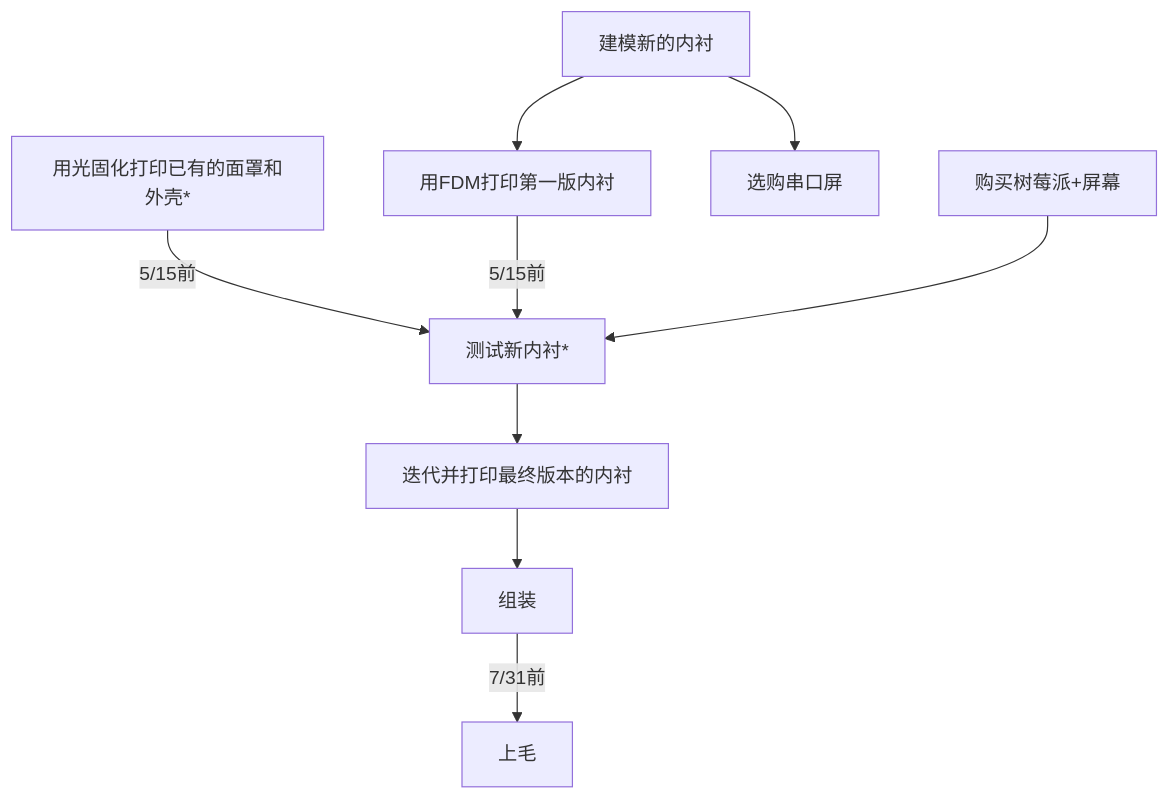
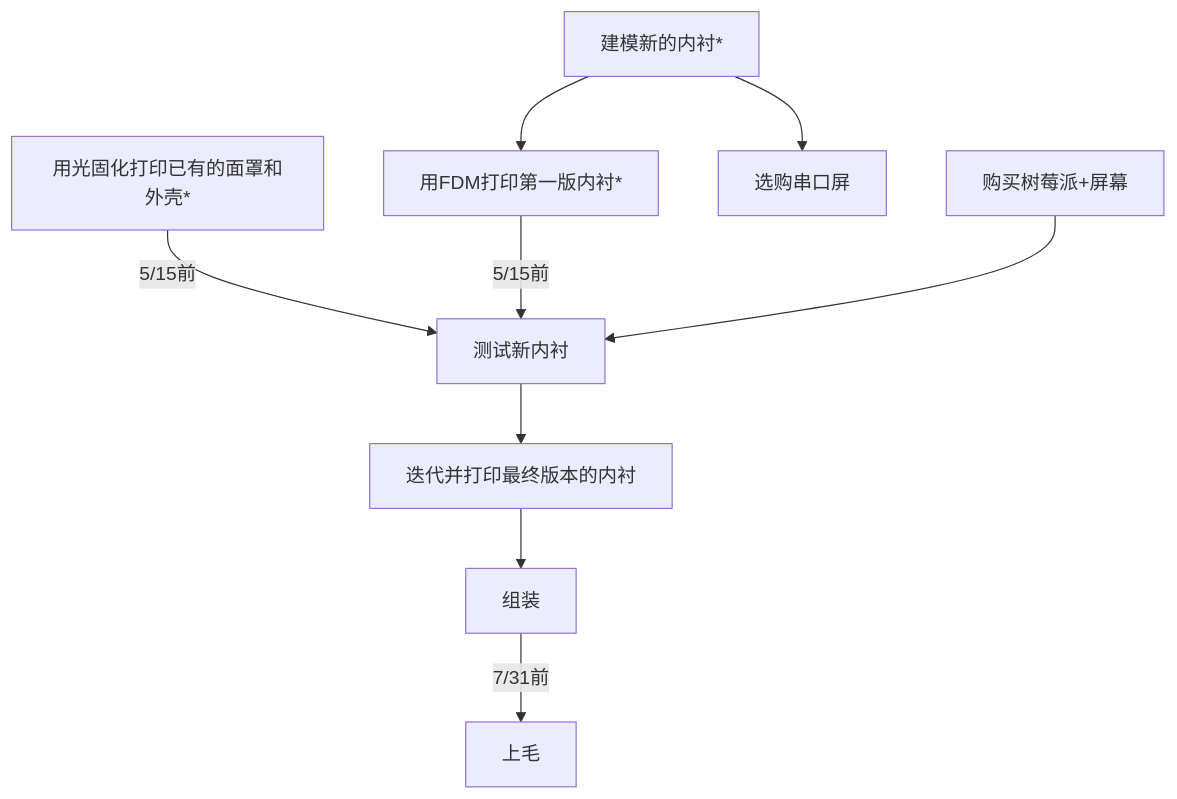
One commit to Chisen-Lupus/string-protogen changed the diagram in README.md. Above: the diagram before and after it, drawn with Mermaid.

````diff
--- a/README.md
+++ b/README.md
@@ -9,14 +9,14 @@
 ```mermaid
 graph TB
 
-	用光固化打印已有的面罩和外壳* -->|5/15前| 测试新内衬*
-	建模新的内衬 --> 用FDM打印第一版内衬
-	用FDM打印第一版内衬 -->|5/15前| 测试新内衬*
-	建模新的内衬 --> 选购串口屏
-	购买树莓派+屏幕 --> 测试新内衬*
-	测试新内衬* --> 迭代并打印最终版本的内衬
+	用光固化打印已有的面罩和外壳* -->|5/15前| 测试新内衬
+	建模新的内衬* --> 用FDM打印第一版内衬*
+	用FDM打印第一版内衬* -->|5/15前| 测试新内衬
+	建模新的内衬* --> 选购串口屏
+	购买树莓派+屏幕 --> 测试新内衬
+	测试新内衬 --> 迭代并打印最终版本的内衬
 	迭代并打印最终版本的内衬 --> 组装
 	组装 --> |7/31前| 上毛
 	
 
 ```
````
